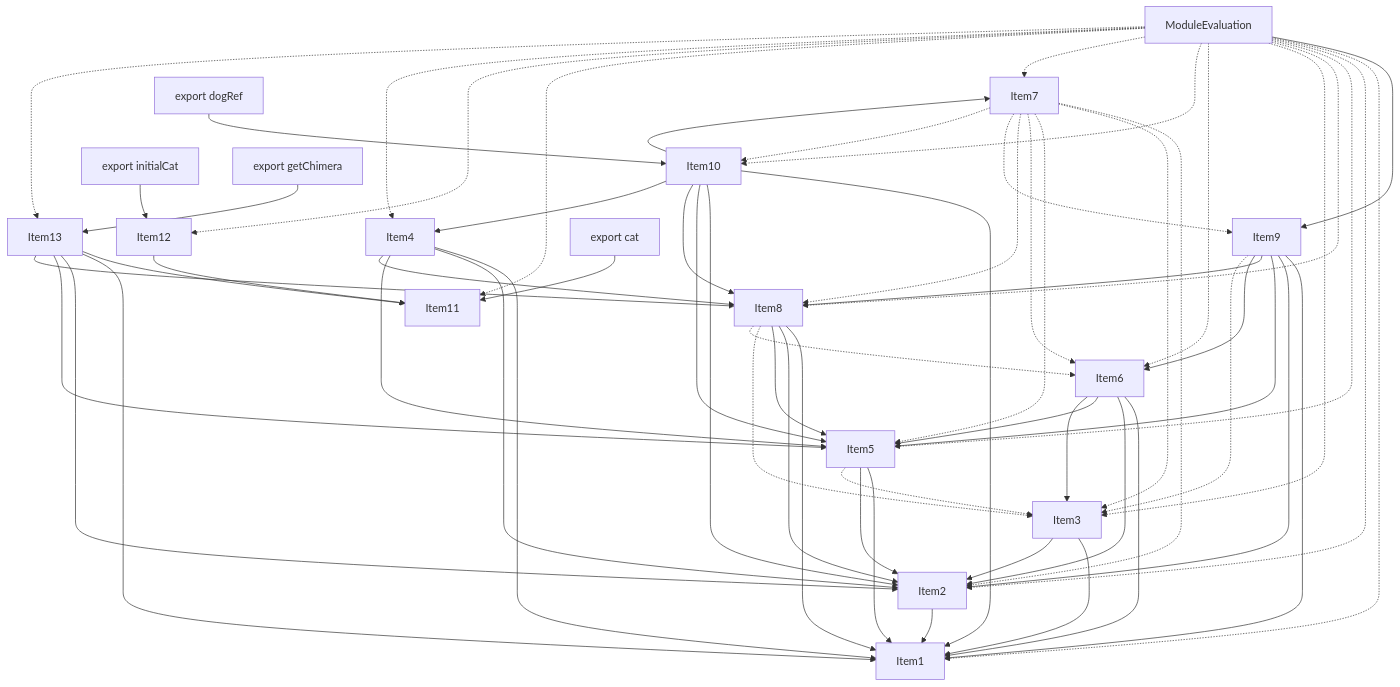
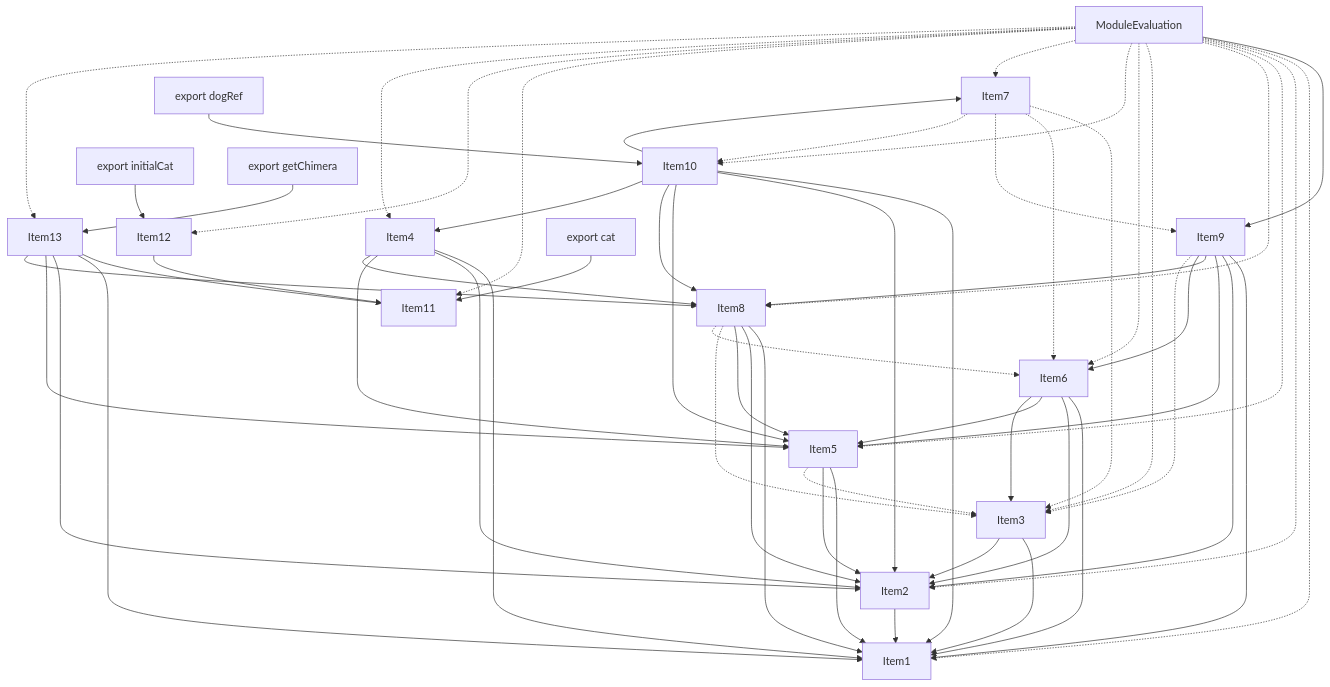
The fourth of 4 diagrams in crates/turbopack-ecmascript/tests/tree-shaker/analyzer/complex/output.md (vercel/turborepo), drawn with Mermaid before and after one commit. The commit also changed other lines of this file and 2 other files, not shown here.

Commit message:
Update test refs

```diff
--- a/crates/turbopack-ecmascript/tests/tree-shaker/analyzer/complex/output.md
+++ b/crates/turbopack-ecmascript/tests/tree-shaker/analyzer/complex/output.md
@@ -353,11 +350,8 @@
     Item4 --> Item2;
     Item4 --> Item5;
     Item4 --> Item8;
-    Item7 -.-> Item2;
     Item7 -.-> Item3;
-    Item7 -.-> Item5;
     Item7 -.-> Item6;
-    Item7 -.-> Item8;
     Item7 -.-> Item9;
     Item7 -.-> Item10;
     Item13 --> Item11;
```
